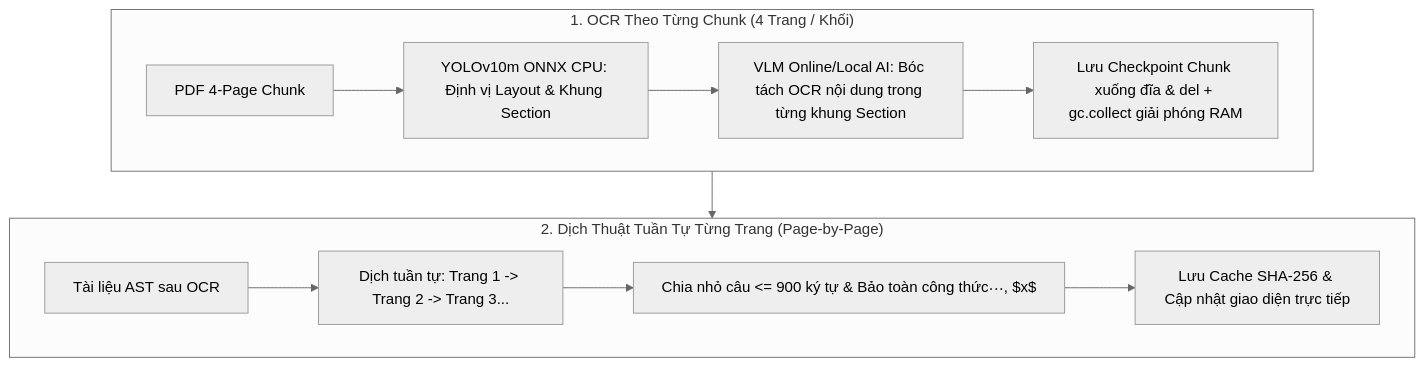
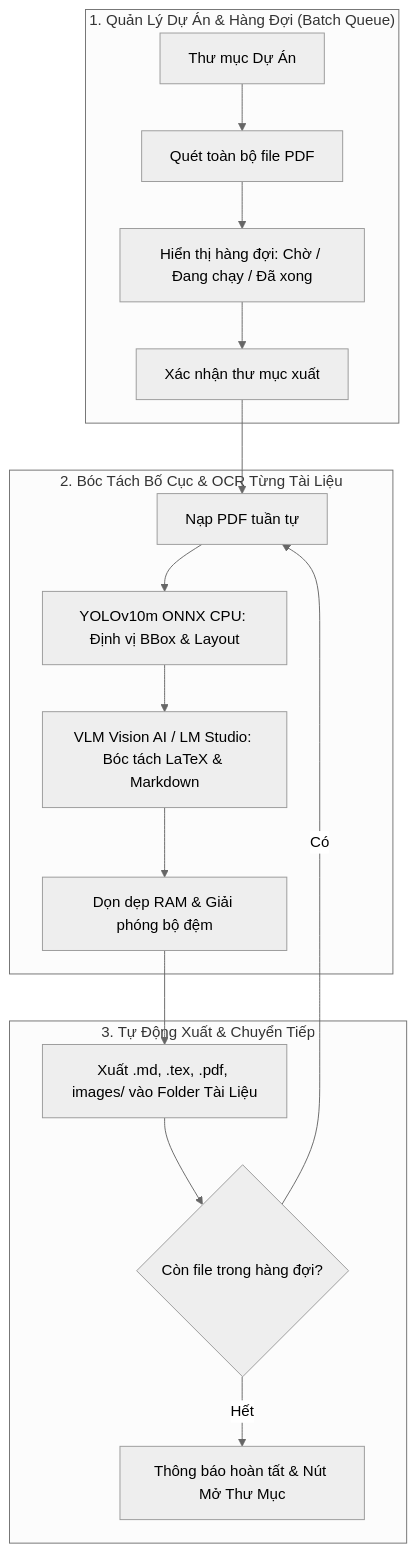
One commit to Stufusic/SciDocOCR changed the diagram in README.md. Above: the diagram before and after it, drawn with Mermaid (neutral theme). The commit also changed other lines of this file, not shown here.

Commit message:
docs: update README.md for SciDocOCR v1.0.1

````diff
--- a/README.md
+++ b/README.md
@@ -149,16 +155,22 @@
 ```mermaid
 flowchart TD
-    subgraph ChunkOCR ["1. OCR Theo Từng Chunk (4 Trang / Khối)"]
-        A[PDF 4-Page Chunk] --> B[YOLOv10m ONNX CPU: Định vị Layout & Khung Section]
-        B --> C[VLM Online/Local AI: Bóc tách OCR nội dung trong từng khung Section]
-        C --> D[Lưu Checkpoint Chunk xuống đĩa & del + gc.collect giải phóng RAM]
+    subgraph ProjectBatch ["1. Quản Lý Dự Án & Hàng Đợi (Batch Queue)"]
+        P[Thư mục Dự Án] --> Q[Quét toàn bộ file PDF]
+        Q --> R[Hiển thị hàng đợi: Chờ / Đang chạy / Đã xong]
+        R --> S[Xác nhận thư mục xuất]
     end
 
-    subgraph PageTranslate ["2. Dịch Thuật Tuần Tự Từng Trang (Page-by-Page)"]
-        E[Tài liệu AST sau OCR] --> F[Dịch tuần tự: Trang 1 -> Trang 2 -> Trang 3...]
-        F --> G[Chia nhỏ câu <= 900 ký tự & Bảo toàn công thức $$...$$, $x$]
-        G --> H[Lưu Cache SHA-256 & Cập nhật giao diện trực tiếp]
+    subgraph DocumentOCR ["2. Bóc Tách Bố Cục & OCR Từng Tài Liệu"]
+        S --> T[Nạp PDF tuần tự]
+        T --> U[YOLOv10m ONNX CPU: Định vị BBox & Layout]
+        U --> V[VLM Vision AI / LM Studio: Bóc tách LaTeX & Markdown]
+        V --> W[Dọn dẹp RAM & Giải phóng bộ đệm]
     end
 
-    ChunkOCR --> PageTranslate
+    subgraph AutoExport ["3. Tự Động Xuất & Chuyển Tiếp"]
+        W --> X[Xuất .md, .tex, .pdf, images/ vào Folder Tài Liệu]
+        X --> Y{Còn file trong hàng đợi?}
+        Y -- Có --> T
+        Y -- Hết --> Z[Thông báo hoàn tất & Nút Mở Thư Mục]
+    end
 ```
````
